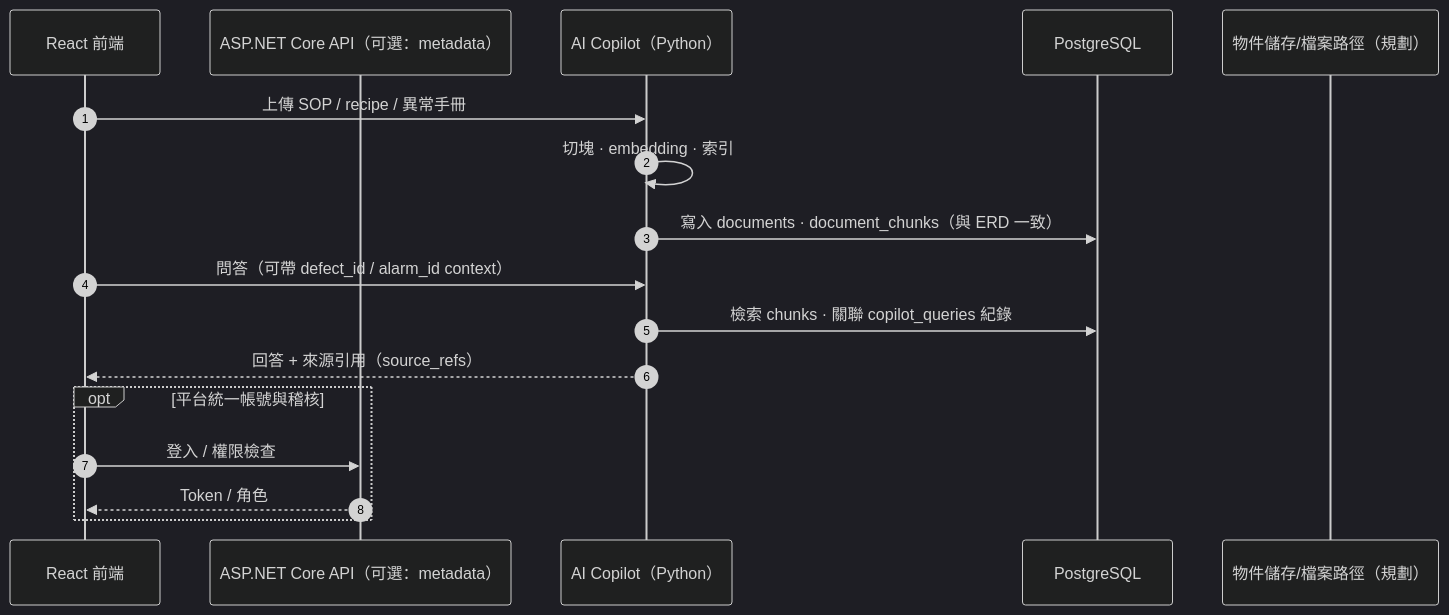
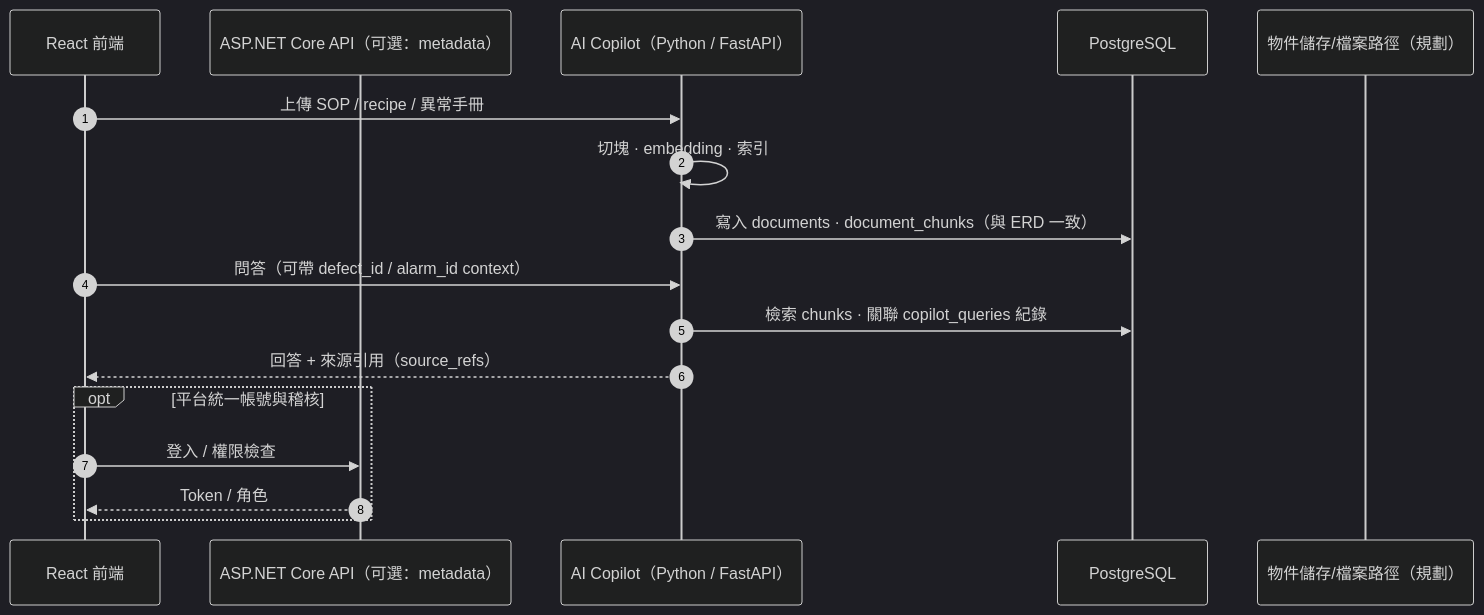
One commit to sfad159357/aoi-ops-platform changed the fourth of 6 diagrams in graph.md. Above: the diagram before and after it, drawn with Mermaid (dark theme). The commit also changed other lines of this file and 6 other files, not shown here.

First line of the commit message:
feat: expand architecture to OT/IT fusion with Kafka, RabbitMQ, InfluxDB

````diff
--- a/graph.md
+++ b/graph.md
@@ -118,20 +174,20 @@
 ```mermaid
 sequenceDiagram
   autonumber
   participant UI as React 前端
   participant API as ASP.NET Core API（可選：metadata）
-  participant COP as AI Copilot（Python）
-  participant DB as PostgreSQL
+  participant COP as AI Copilot（Python / FastAPI）
+  participant PG as PostgreSQL
   participant FS as 物件儲存/檔案路徑（規劃）
 
   UI->>COP: 上傳 SOP / recipe / 異常手冊
   COP->>COP: 切塊 · embedding · 索引
-  COP->>DB: 寫入 documents · document_chunks（與 ERD 一致）
+  COP->>PG: 寫入 documents · document_chunks（與 ERD 一致）
   UI->>COP: 問答（可帶 defect_id / alarm_id context）
-  COP->>DB: 檢索 chunks · 關聯 copilot_queries 紀錄
+  COP->>PG: 檢索 chunks · 關聯 copilot_queries 紀錄
   COP-->>UI: 回答 + 來源引用（source_refs）
   opt 平台統一帳號與稽核
     UI->>API: 登入 / 權限檢查
     API-->>UI: Token / 角色
   end
 ```
````
